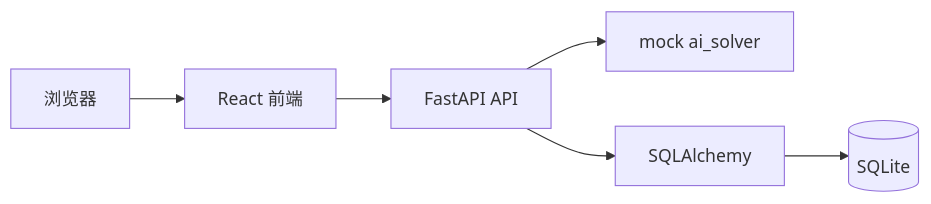
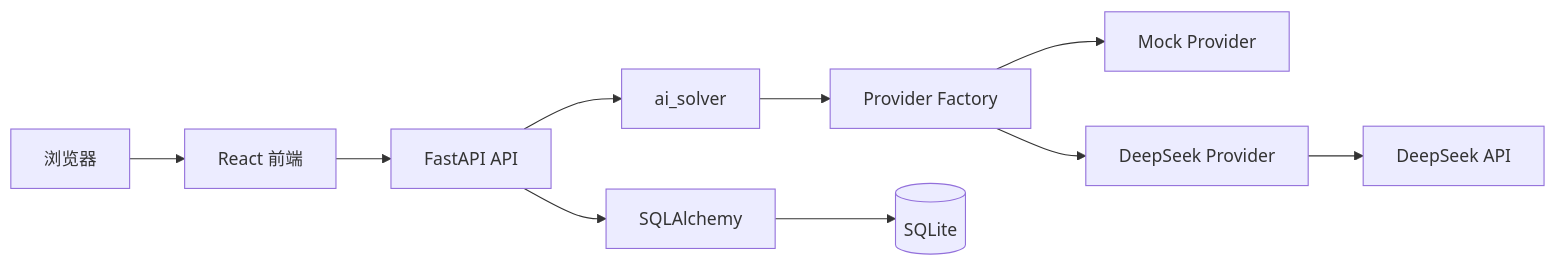
One commit to SZQ-code/leetcode_copilot changed the diagram in docs/architecture.md. Above: the diagram before and after it, drawn with Mermaid. The commit also changed other lines of this file and 25 other files, not shown here.

Commit message:
feat: add DeepSeek AI provider

````diff
--- a/docs/architecture.md
+++ b/docs/architecture.md
@@ -7,8 +7,12 @@
 ```mermaid
 flowchart LR
     U[浏览器] --> F[React 前端]
     F --> A[FastAPI API]
-    A --> S[mock ai_solver]
+    A --> S[ai_solver]
+    S --> P[Provider Factory]
+    P --> M[Mock Provider]
+    P --> K[DeepSeek Provider]
+    K --> V[DeepSeek API]
     A --> O[SQLAlchemy]
     O --> D[(SQLite)]
 ```
````
